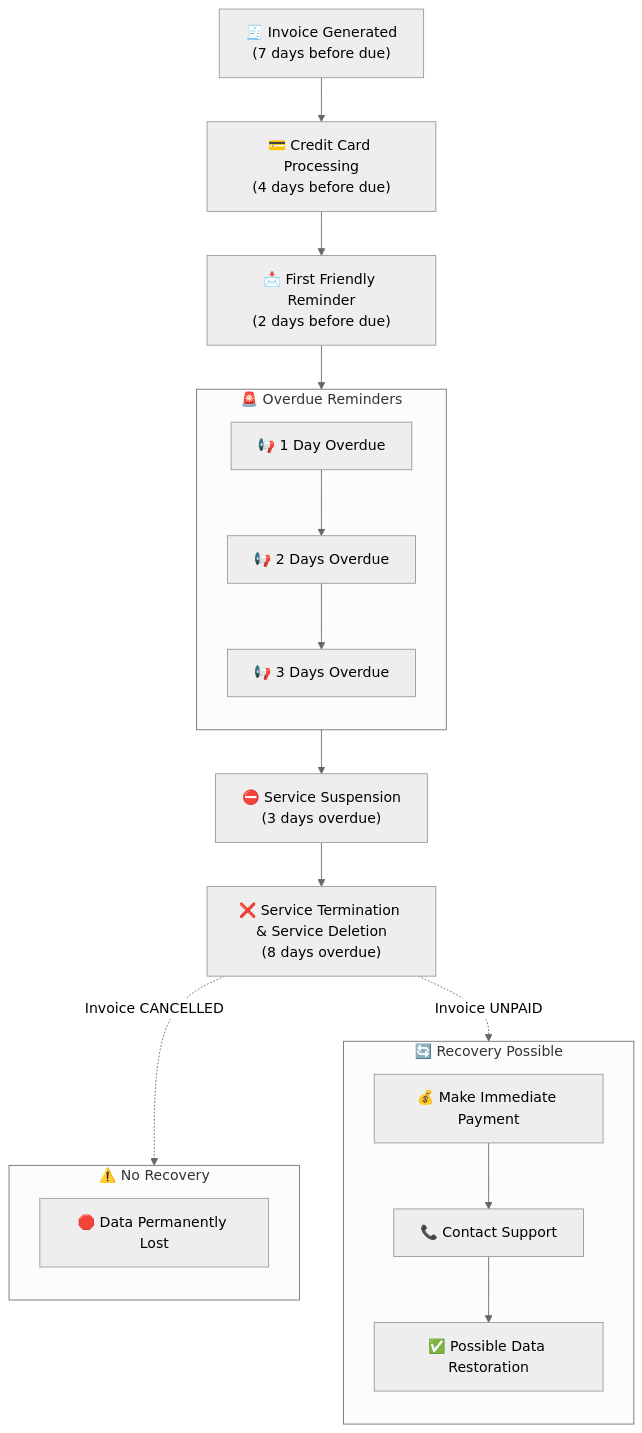
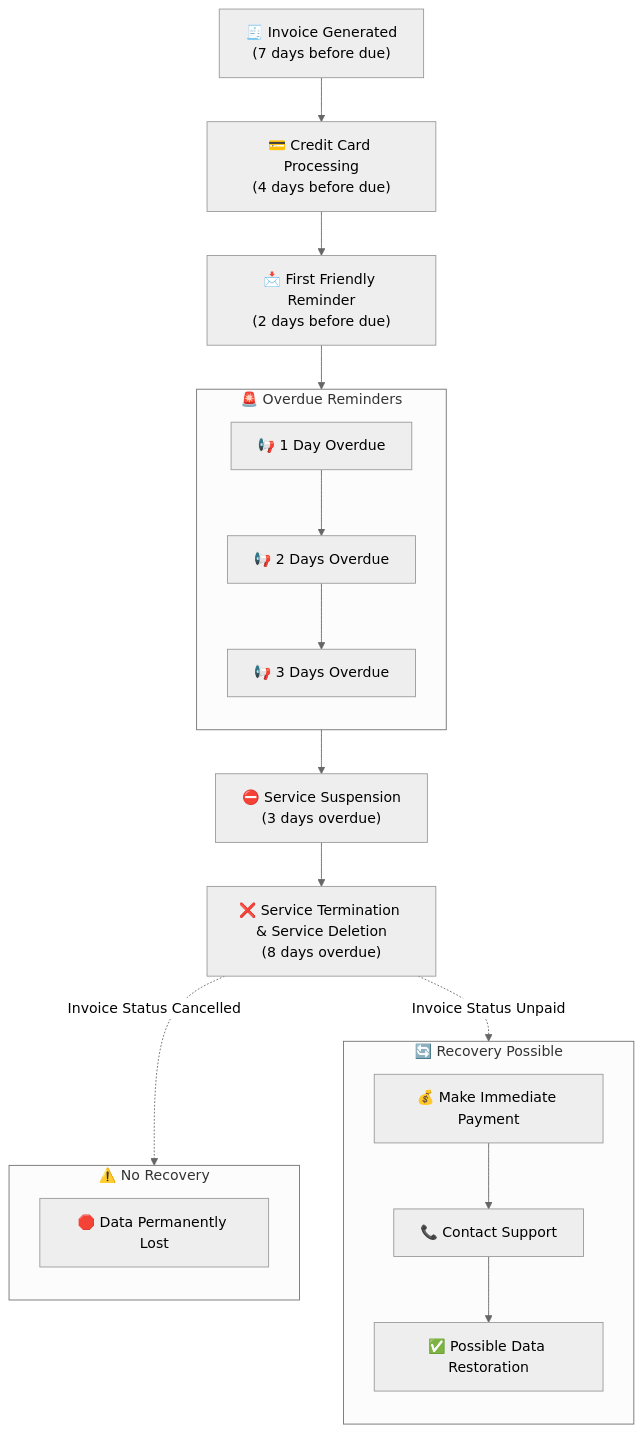
The diagram in faq/billing-lifecycle/automated-vps-billing-workflow.mdx (gExPl0ReR/docs), drawn with Mermaid (neutral theme) before and after one commit. The commit also changed other lines of this file, not shown here.

Commit message:
adjusting billing flowchart

````diff
--- a/faq/billing-lifecycle/automated-vps-billing-workflow.mdx
+++ b/faq/billing-lifecycle/automated-vps-billing-workflow.mdx
@@ -44,31 +46,31 @@
 ```mermaid
 flowchart TD
     A["🧾 Invoice Generated<br>(7 days before due)"] --> B["💳 Credit Card Processing<br>(4 days before due)"]
     B --> C["📩 First Friendly Reminder<br>(2 days before due)"]
 
     subgraph overdue["🚨 Overdue Reminders"]
         direction TB
         C1["📢 1 Day Overdue"]
         C2["📢 2 Days Overdue"]
         C3["📢 3 Days Overdue"]
     end
     C --> C1 --> C2 --> C3
 
     C3 --> D["⛔ Service Suspension<br>(3 days overdue)"]
     D --> E["❌ Service Termination & Service Deletion<br>(8 days overdue)"]
 
     subgraph recovery["🔄 Recovery Possible"]
         direction TB
         R1["💰 Make Immediate Payment"]
         R2["📞 Contact Support"]
         R3["✅ Possible Data Restoration"]
     end
 
     subgraph no_recovery["⚠️ No Recovery"]
         direction TB
-        X["🛑 Data Permanently Lost"]
+        X[""🛑 Data Permanently Lost""]
     end
 
-    E -.->|Invoice UNPAID| R1 --> R2 --> R3
-    E -.->|Invoice CANCELLED| X
+    E -.->|Invoice Status Unpaid| R1 --> R2 --> R3
+    E -.->|Invoice Status Cancelled| X
 ```
````
